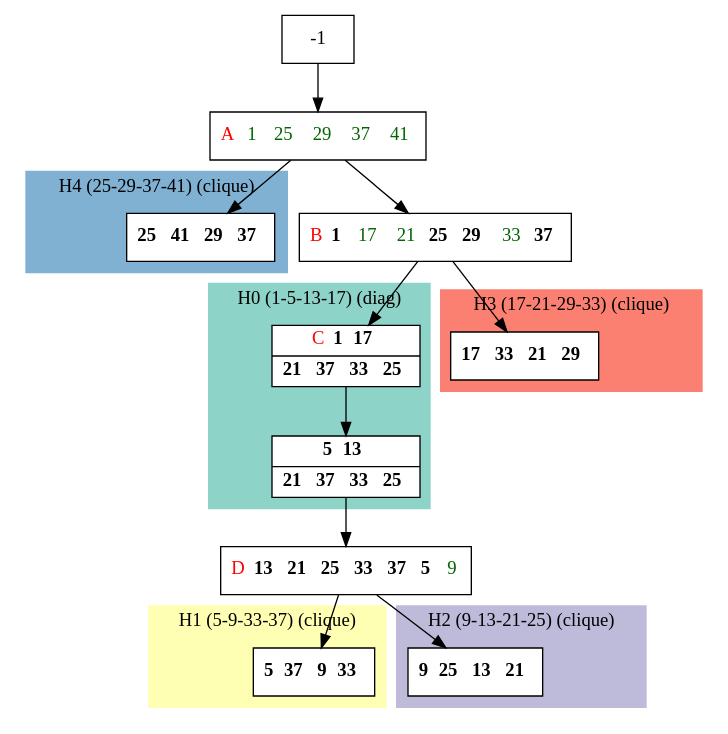
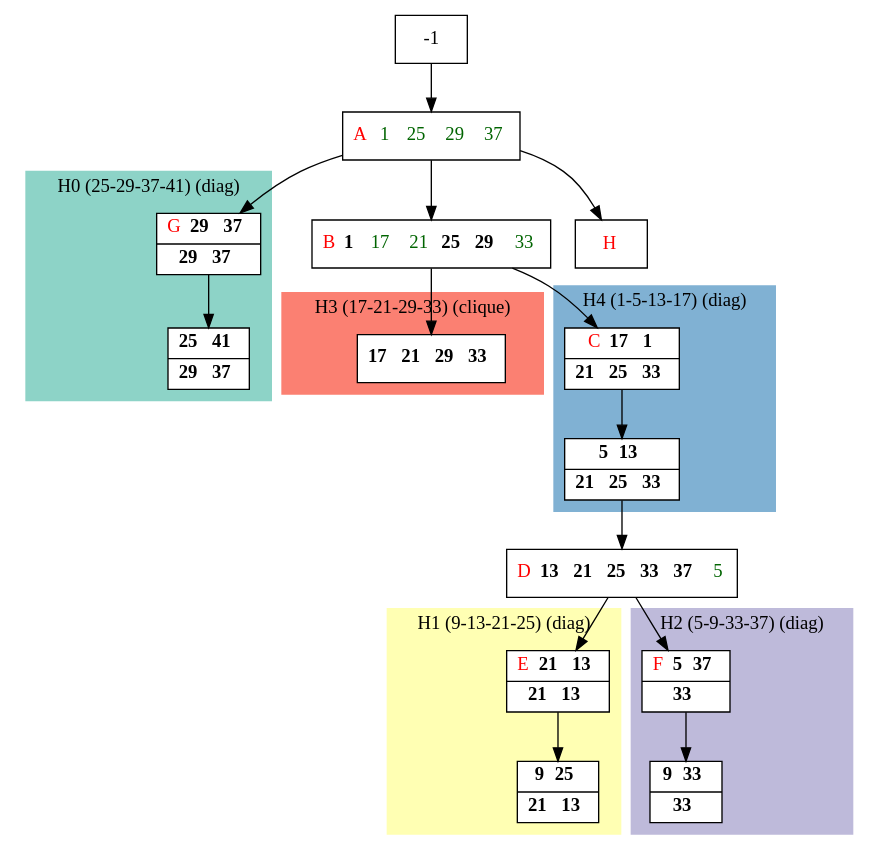
The diagram in results/compact_dot_files/compact_C5.dot (bmarchand/auto-dp), drawn with Graphviz before and after one commit. The commit also changed 89 other files, not shown here.

```diff
--- a/results/compact_dot_files/compact_C5.dot
+++ b/results/compact_dot_files/compact_C5.dot
@@ -1,60 +1,65 @@
 digraph G {
     node [shape=box];
     subgraph cluster0 {
         node [style=filled,fillcolor=white];
         labeljust="l";
         style=filled;
         color="#8DD3C7";
-        H0_0 -> H0_7;
-        label="H0 (1-5-13-17) (diag)";
+        H0_0 -> H0_5;
+        label="H0 (25-29-37-41) (diag)";
     }
     subgraph cluster1 {
         node [style=filled,fillcolor=white];
         labeljust="l";
         style=filled;
         color="#FFFFB3";
-        H1_0;
-        label="H1 (5-9-33-37) (clique)";
+        H1_0 -> H1_5;
+        label="H1 (9-13-21-25) (diag)";
     }
     subgraph cluster2 {
         node [style=filled,fillcolor=white];
         labeljust="l";
         style=filled;
         color="#BEBADA";
-        H2_0;
-        label="H2 (9-13-21-25) (clique)";
+        H2_0 -> H2_5;
+        label="H2 (5-9-33-37) (diag)";
     }
     subgraph cluster3 {
         node [style=filled,fillcolor=white];
         labeljust="l";
         style=filled;
         color="#FB8072";
         H3_0;
         label="H3 (17-21-29-33) (clique)";
     }
     subgraph cluster4 {
         node [style=filled,fillcolor=white];
         labeljust="l";
         style=filled;
         color="#80B1D3";
-        H4_0;
-        label="H4 (25-29-37-41) (clique)";
+        H4_0 -> H4_7;
+        label="H4 (1-5-13-17) (diag)";
     }
-     31 [shape=record,label= <{  <FONT COLOR="RED">A</FONT>  <FONT COLOR="DARKGREEN">1</FONT>  <FONT COLOR="DARKGREEN">25</FONT>  <FONT COLOR="DARKGREEN">29</FONT>  <FONT COLOR="DARKGREEN">37</FONT>  <FONT COLOR="DARKGREEN">41</FONT>}> ];
+     31 [shape=record,label= <{  <FONT COLOR="RED">A</FONT>  <FONT COLOR="DARKGREEN">1</FONT>  <FONT COLOR="DARKGREEN">25</FONT>  <FONT COLOR="DARKGREEN">29</FONT>  <FONT COLOR="DARKGREEN">37</FONT>}> ];
      -1  ->  31;
-     H4_0 [shape=record,label= <{ <b>25</b> <b>41</b> <b>29</b> <b>37</b>}> ];
-     31  ->  H4_0;
-     1 [shape=record,label= <{  <FONT COLOR="RED">B</FONT> <b>1</b>  <FONT COLOR="DARKGREEN">17</FONT>  <FONT COLOR="DARKGREEN">21</FONT> <b>25</b> <b>29</b>  <FONT COLOR="DARKGREEN">33</FONT> <b>37</b>}> ];
+     1 [shape=record,label= <{  <FONT COLOR="RED">B</FONT> <b>1</b>  <FONT COLOR="DARKGREEN">17</FONT>  <FONT COLOR="DARKGREEN">21</FONT> <b>25</b> <b>29</b>  <FONT COLOR="DARKGREEN">33</FONT>}> ];
      31  ->  1;
-     H0_0 [shape=record,label= <{  <FONT COLOR="RED">C</FONT> <b>1</b> <b>17</b>|  <b>21</b> <b>37</b> <b>33</b> <b>25</b>}> ];
-     1  ->  H0_0;
-     H0_7 [shape=record,label= <{ <b>5</b> <b>13</b>|  <b>21</b> <b>37</b> <b>33</b> <b>25</b>}> ];
-     6 [shape=record,label= <{  <FONT COLOR="RED">D</FONT> <b>13</b> <b>21</b> <b>25</b> <b>33</b> <b>37</b> <b>5</b>  <FONT COLOR="DARKGREEN">9</FONT>}> ];
-     H0_7  ->  6;
-     H1_0 [shape=record,label= <{ <b>5</b> <b>37</b> <b>9</b> <b>33</b>}> ];
+     H4_0 [shape=record,label= <{  <FONT COLOR="RED">C</FONT> <b>17</b> <b>1</b>|  <b>21</b> <b>25</b> <b>33</b>}> ];
+     1  ->  H4_0;
+     H4_7 [shape=record,label= <{ <b>5</b> <b>13</b>|  <b>21</b> <b>25</b> <b>33</b>}> ];
+     6 [shape=record,label= <{  <FONT COLOR="RED">D</FONT> <b>13</b> <b>21</b> <b>25</b> <b>33</b> <b>37</b>  <FONT COLOR="DARKGREEN">5</FONT>}> ];
+     H4_7  ->  6;
+     H1_0 [shape=record,label= <{  <FONT COLOR="RED">E</FONT> <b>21</b> <b>13</b>|  <b>21</b> <b>13</b>}> ];
      6  ->  H1_0;
-     H2_0 [shape=record,label= <{ <b>9</b> <b>25</b> <b>13</b> <b>21</b>}> ];
+     H1_5 [shape=record,label= <{ <b>9</b> <b>25</b>|  <b>21</b> <b>13</b>}> ];
+     H2_0 [shape=record,label= <{  <FONT COLOR="RED">F</FONT> <b>5</b> <b>37</b>|  <b>33</b>}> ];
      6  ->  H2_0;
-     H3_0 [shape=record,label= <{ <b>17</b> <b>33</b> <b>21</b> <b>29</b>}> ];
+     H2_5 [shape=record,label= <{ <b>9</b> <b>33</b>|  <b>33</b>}> ];
+     H3_0 [shape=record,label= <{ <b>17</b> <b>21</b> <b>29</b> <b>33</b>}> ];
      1  ->  H3_0;
+     H0_0 [shape=record,label= <{  <FONT COLOR="RED">G</FONT> <b>29</b> <b>37</b>|  <b>29</b> <b>37</b>}> ];
+     31  ->  H0_0;
+     H0_5 [shape=record,label= <{ <b>25</b> <b>41</b>|  <b>29</b> <b>37</b>}> ];
+     _1 [shape=record,label= <{  <FONT COLOR="RED">H</FONT>}> ];
+     31  ->  _1;
 }
```
